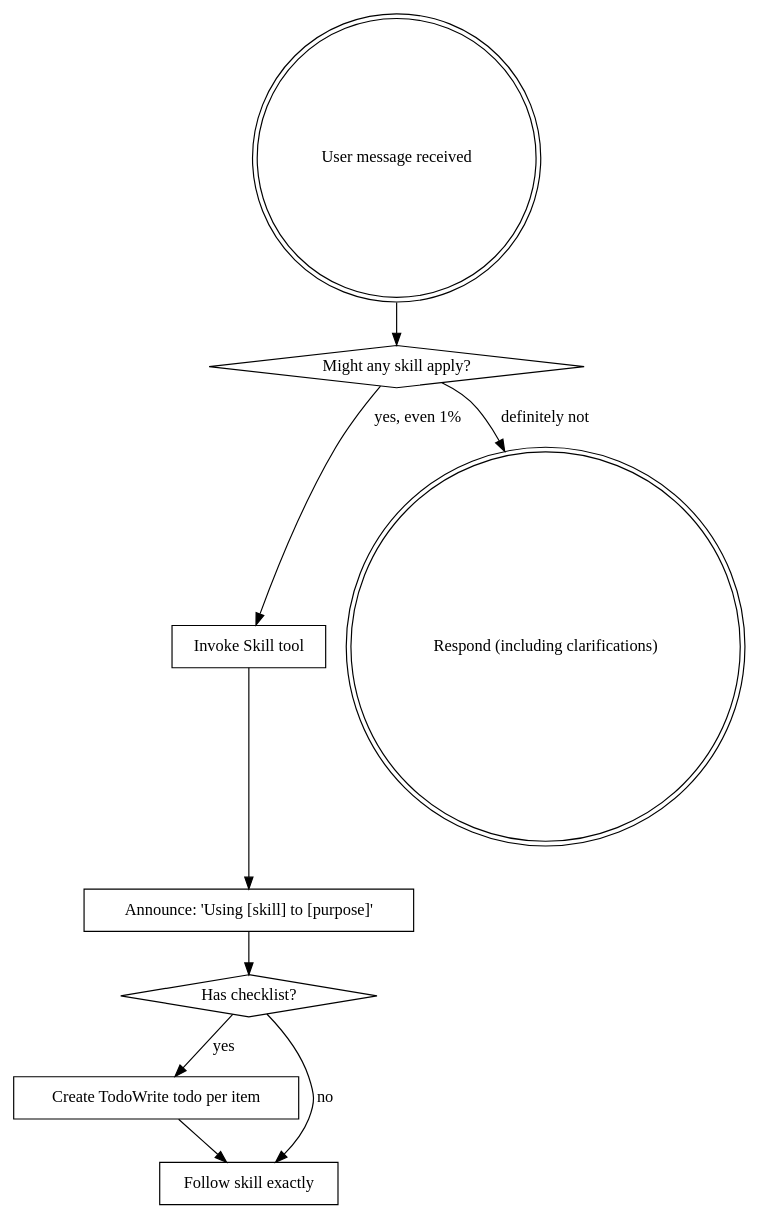
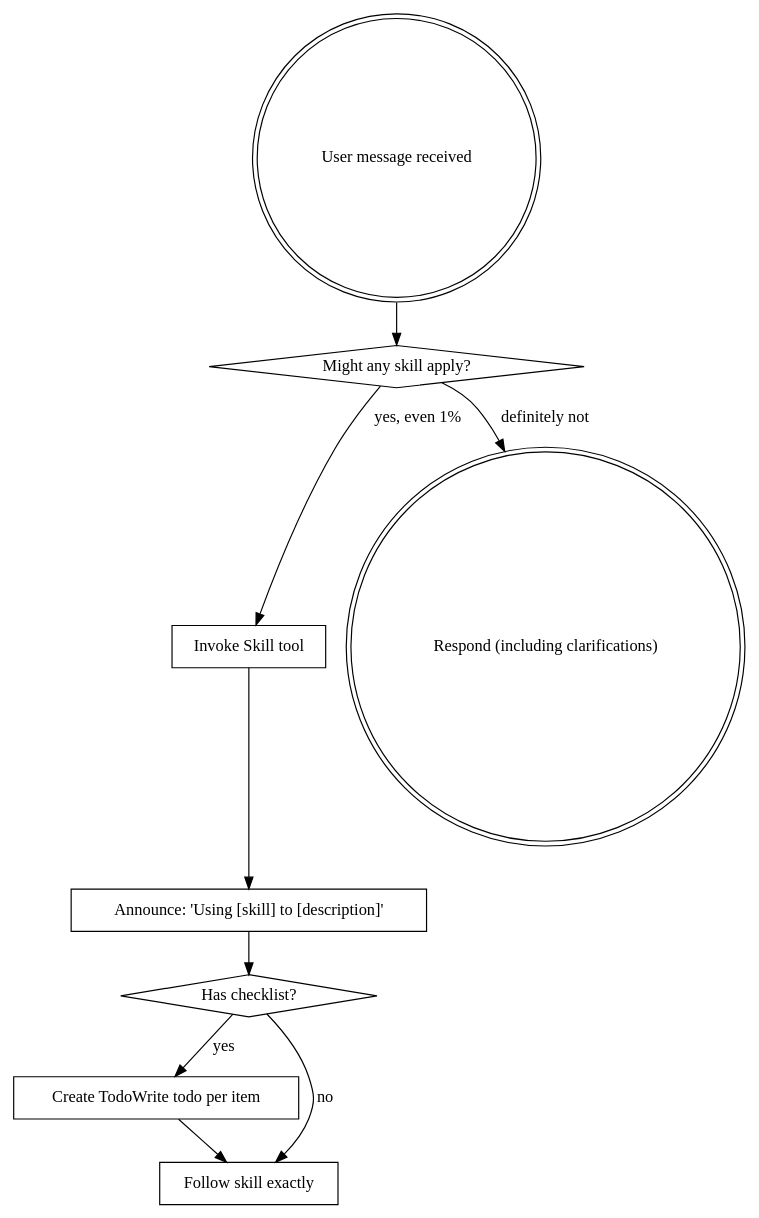
The diagram in .claude/skills/.archive/skills/using-superpowers/SKILL.md (shynlee04/project-alpha-master), drawn with Graphviz before and after one commit. The commit also changed 758 other files, not shown here.

````diff
--- a/.claude/skills/.archive/skills/using-superpowers/SKILL.md
+++ b/.claude/skills/.archive/skills/using-superpowers/SKILL.md
@@ -26,21 +26,21 @@
 ```dot
 digraph skill_flow {
     "User message received" [shape=doublecircle];
     "Might any skill apply?" [shape=diamond];
     "Invoke Skill tool" [shape=box];
-    "Announce: 'Using [skill] to [purpose]'" [shape=box];
+    "Announce: 'Using [skill] to [description]'" [shape=box];
     "Has checklist?" [shape=diamond];
     "Create TodoWrite todo per item" [shape=box];
     "Follow skill exactly" [shape=box];
     "Respond (including clarifications)" [shape=doublecircle];
 
     "User message received" -> "Might any skill apply?";
     "Might any skill apply?" -> "Invoke Skill tool" [label="yes, even 1%"];
     "Might any skill apply?" -> "Respond (including clarifications)" [label="definitely not"];
-    "Invoke Skill tool" -> "Announce: 'Using [skill] to [purpose]'";
-    "Announce: 'Using [skill] to [purpose]'" -> "Has checklist?";
+    "Invoke Skill tool" -> "Announce: 'Using [skill] to [description]'";
+    "Announce: 'Using [skill] to [description]'" -> "Has checklist?";
     "Has checklist?" -> "Create TodoWrite todo per item" [label="yes"];
     "Has checklist?" -> "Follow skill exactly" [label="no"];
     "Create TodoWrite todo per item" -> "Follow skill exactly";
 }
 ```
````
